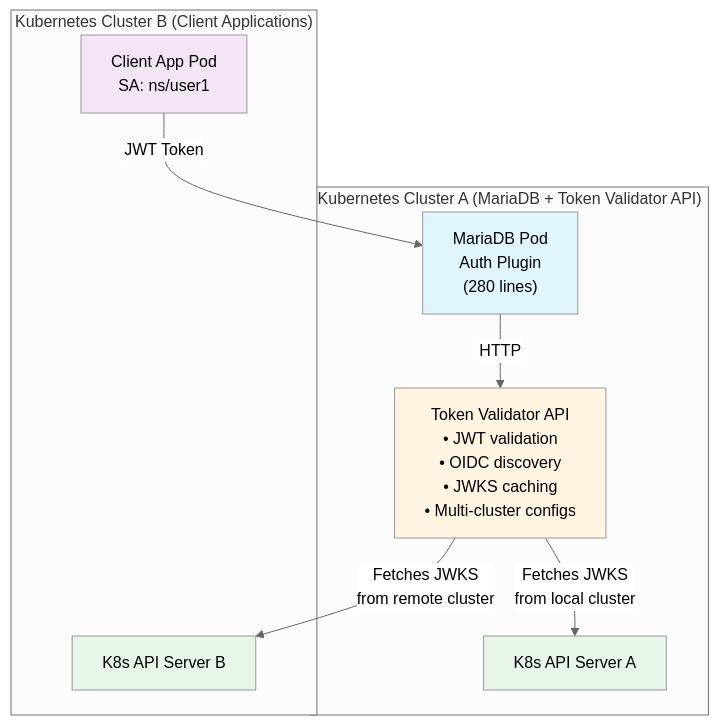
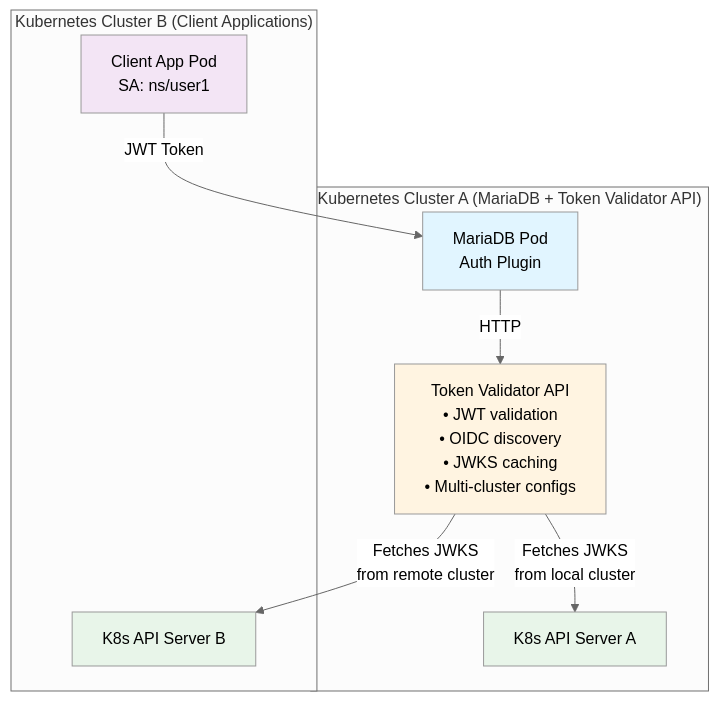
One commit to rophy/mariadb-auth-k8s changed the first of 3 diagrams in README.md. Above: the diagram before and after it, drawn with Mermaid (neutral theme). The commit also changed other lines of this file and 19 other files, not shown here.

````diff
--- a/README.md
+++ b/README.md
@@ -22,25 +22,25 @@
 ```mermaid
 graph TB
     subgraph ClusterB["Kubernetes Cluster B (Client Applications)"]
         ClientPod["Client App Pod<br/>SA: ns/user1"]
         K8sAPIB["K8s API Server B"]
     end
 
     subgraph ClusterA["Kubernetes Cluster A (MariaDB + Token Validator API)"]
-        MariaDB["MariaDB Pod<br/>Auth Plugin<br/>(280 lines)"]
+        MariaDB["MariaDB Pod<br/>Auth Plugin"]
         API["Token Validator API<br/>• JWT validation<br/>• OIDC discovery<br/>• JWKS caching<br/>• Multi-cluster configs"]
         K8sAPIA["K8s API Server A"]
 
         MariaDB -->|HTTP| API
         API -->|Fetches JWKS<br/>from local cluster| K8sAPIA
     end
 
     ClientPod -->|JWT Token| MariaDB
     API -->|Fetches JWKS<br/>from remote cluster| K8sAPIB
 
     style MariaDB fill:#e1f5ff
     style API fill:#fff4e1
     style K8sAPIA fill:#e8f5e9
     style K8sAPIB fill:#e8f5e9
     style ClientPod fill:#f3e5f5
 ```
````
